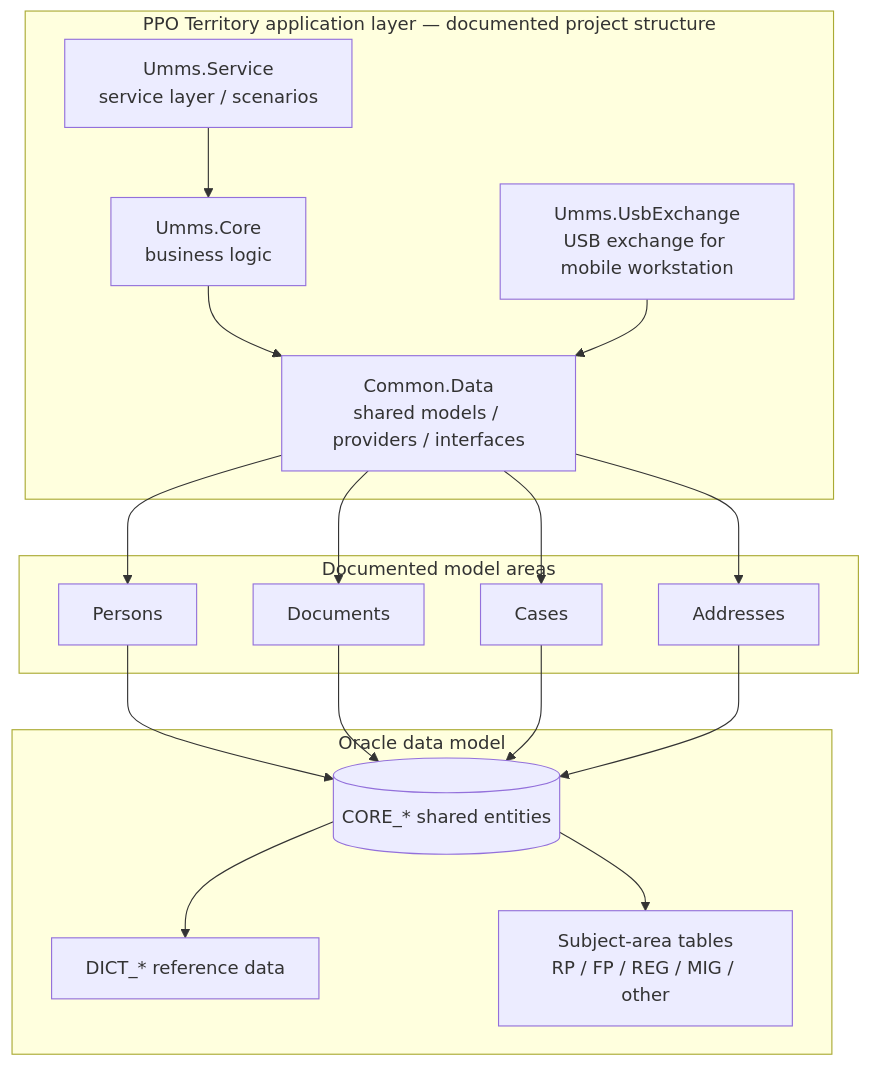
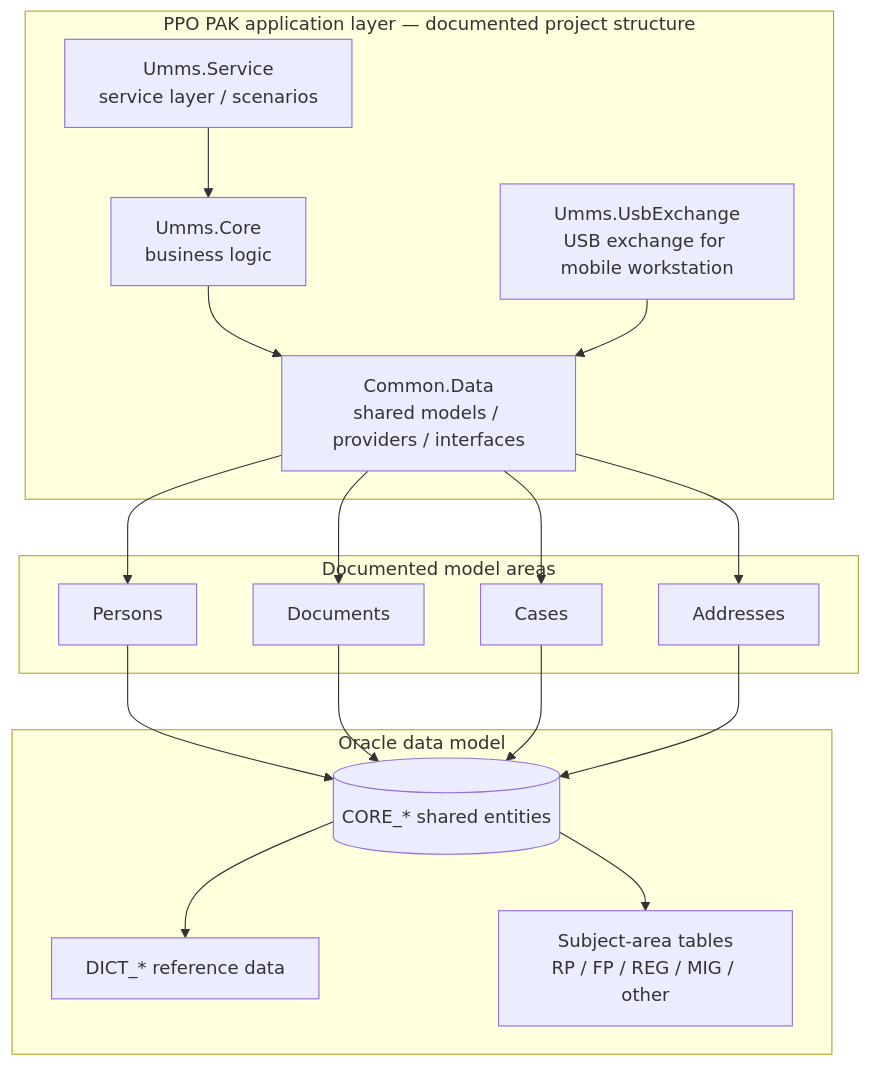
Before and after one commit to ekatmoz88-alt/territory-descriptor-unified: the third of 10 diagrams in materials/architecture/component-maps.md, drawn with Mermaid. The commit also changed other lines of this file, not shown here.

Commit message:
Rebrand project references to PPO PAK

````diff
--- a/materials/architecture/component-maps.md
+++ b/materials/architecture/component-maps.md
@@ -83,33 +83,33 @@
 ```mermaid
 flowchart TB
-  subgraph APP["PPO Territory application layer — documented project structure"]
+  subgraph APP["PPO PAK application layer — documented project structure"]
     COMMON["Common.Data<br/>shared models / providers / interfaces"]
     CORE["Umms.Core<br/>business logic"]
     SERVICE["Umms.Service<br/>service layer / scenarios"]
     USB["Umms.UsbExchange<br/>USB exchange for mobile workstation"]
     CORE --> COMMON
     SERVICE --> CORE
     USB --> COMMON
   end
   subgraph DOMAINS["Documented model areas"]
     PERSON["Persons"]
     DOCUMENT["Documents"]
     CASE["Cases"]
     ADDRESS["Addresses"]
   end
   subgraph DATA["Oracle data model"]
     COREDB[("CORE_* shared entities")]
     DICT["DICT_* reference data"]
     SUBJECT["Subject-area tables<br/>RP / FP / REG / MIG / other"]
   end
   COMMON --> PERSON
   COMMON --> DOCUMENT
   COMMON --> CASE
   COMMON --> ADDRESS
   PERSON --> COREDB
   DOCUMENT --> COREDB
   CASE --> COREDB
   ADDRESS --> COREDB
   COREDB --> DICT
   COREDB --> SUBJECT
 ```
````
